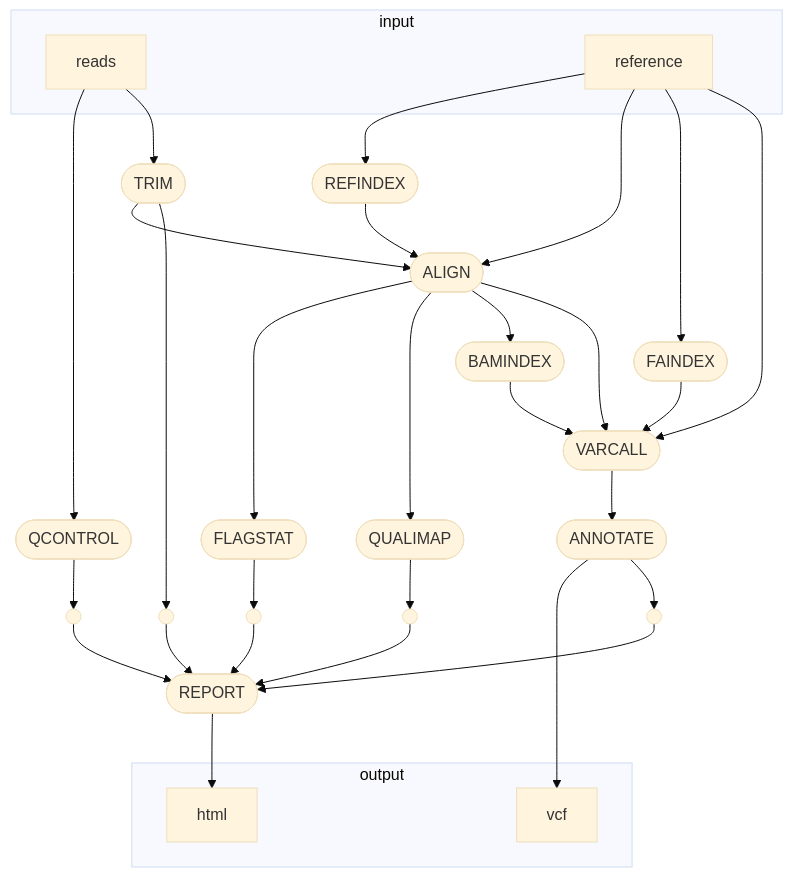
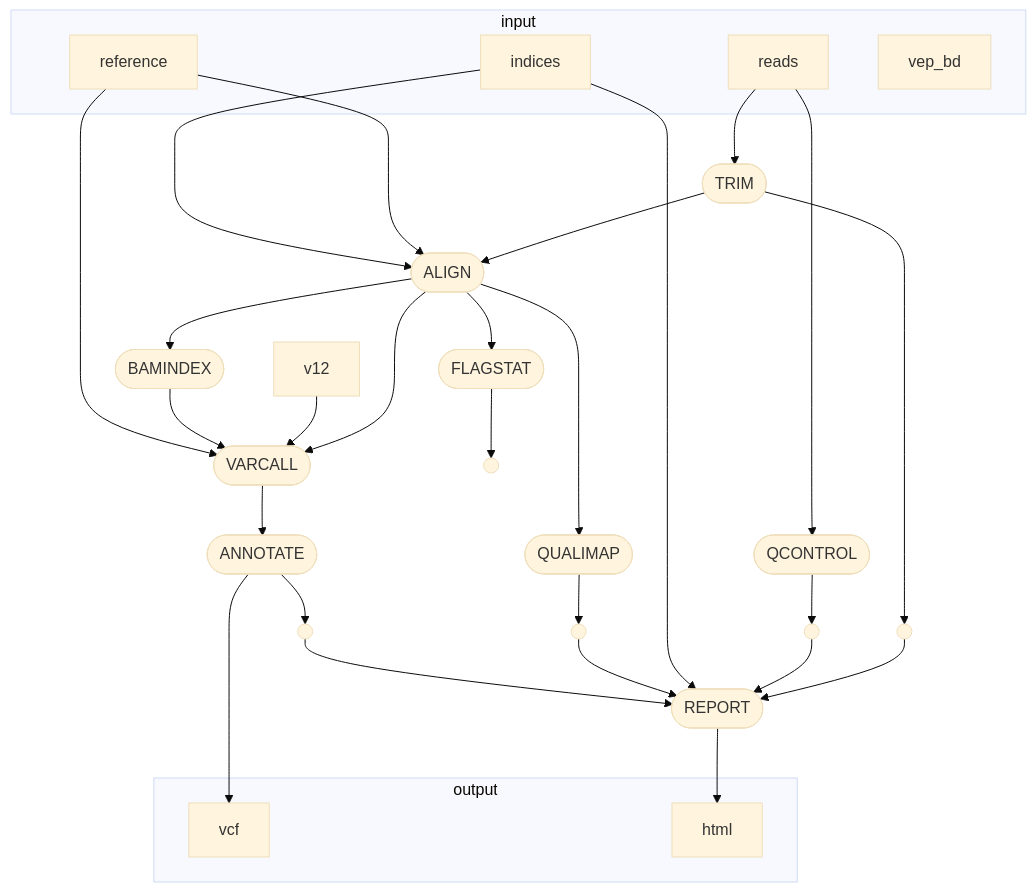
Before and after one commit to glebus-sasha/octopus_nf: the diagram in README.md, drawn with Mermaid.

````diff
--- a/README.md
+++ b/README.md
@@ -5,55 +5,53 @@
 ```mermaid
 %%{init: {'theme':'base'}}%%
 flowchart TB
     subgraph "input"
     v0["reads"]
     v1["reference"]
+    v30["indices"]
+    v31["vep_bd"]
     end
     v3([QCONTROL])
     subgraph "output"
     v18["vcf"]
     v25["html"]
     end
     v5([TRIM])
     v8([ALIGN])
     v9([FLAGSTAT])
     v10([QUALIMAP])
-    v12([FAINDEX])
     v13([BAMINDEX])
     v14([VARCALL])
     v17([ANNOTATE])
     v24([REPORT])
-    v2([REFINDEX])
     v19(( ))
     v20(( ))
     v21(( ))
     v22(( ))
     v23(( ))
     v0 --> v3
     v0 --> v5
-    v1 --> v2
     v3 --> v20
     v5 --> v8
     v5 --> v19
     v1 --> v8
-    v2 --> v8
+    v30 --> v8
     v8 --> v9
     v8 --> v10
     v8 --> v13
     v8 --> v14
     v9 --> v21
     v10 --> v22
-    v1 --> v12
     v12 --> v14
     v13 --> v14
     v1 --> v14
     v14 --> v17
     v17 --> v18
     v17 --> v23
     v19 --> v24
     v20 --> v24
-    v21 --> v24
+    v30 --> v24
     v22 --> v24
     v23 --> v24
     v24 --> v25
 ```
````
